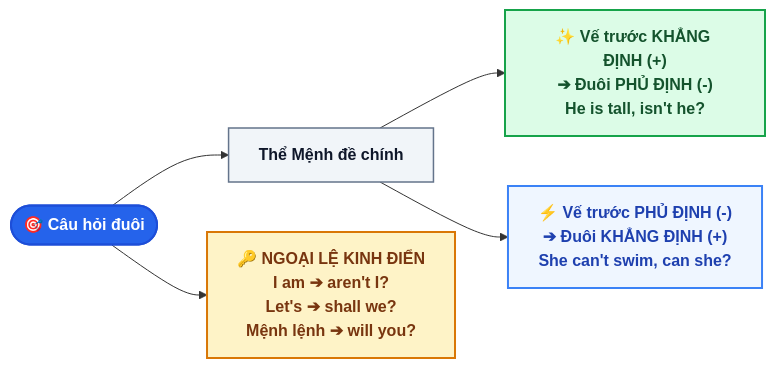
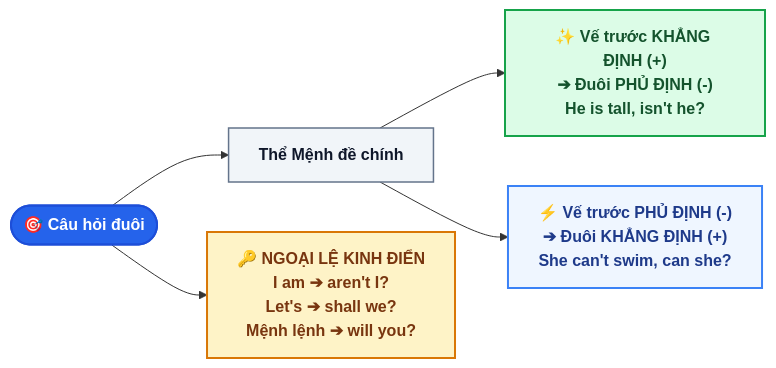
One commit to tuankiet2510/Grade10Entrance changed the diagram in EnglishDocs/docs/lessons/chuyen_de_2_cau_hoi_duoi_mastery.md. Above: the diagram before and after it, drawn with Mermaid. The commit also changed 14 other files, not shown here.

Commit message:
fix(ui): resolve Mermaid dark/light contrast issue across all English lessons

````diff
--- a/EnglishDocs/docs/lessons/chuyen_de_2_cau_hoi_duoi_mastery.md
+++ b/EnglishDocs/docs/lessons/chuyen_de_2_cau_hoi_duoi_mastery.md
@@ -12,13 +12,13 @@
 ```mermaid
 flowchart LR
     A(["🎯 Câu hỏi đuôi"]) --> B["Thể Mệnh đề chính"]
     B --> C["✨ Vế trước KHẲNG ĐỊNH (+)<br/>➔ Đuôi PHỦ ĐỊNH (-)<br/>He is tall, isn't he?"]
     B --> D["⚡ Vế trước PHỦ ĐỊNH (-)<br/>➔ Đuôi KHẲNG ĐỊNH (+)<br/>She can't swim, can she?"]
     A --> E["🔑 NGOẠI LỆ KINH ĐIỂN<br/>I am ➔ aren't I?<br/>Let's ➔ shall we?<br/>Mệnh lệnh ➔ will you?"]
     
     style A fill:#2563eb,stroke:#1d4ed8,stroke-width:2px,color:#ffffff,font-weight:bold
     style B fill:#f1f5f9,stroke:#64748b,stroke-width:1.5px,color:#0f172a,font-weight:bold
     style C fill:#dcfce7,stroke:#16a34a,stroke-width:2px,color:#14532d,font-weight:bold
-    style D fill:#eff6ff,stroke:#3b82f6,stroke-width:2px,color:#1e40af,font-weight:bold
+    style D fill:#eff6ff,stroke:#3b82f6,stroke-width:2px,color:#1e3a8a,font-weight:bold
     style E fill:#fef3c7,stroke:#d97706,stroke-width:2px,color:#78350f,font-weight:bold
 ```
````
